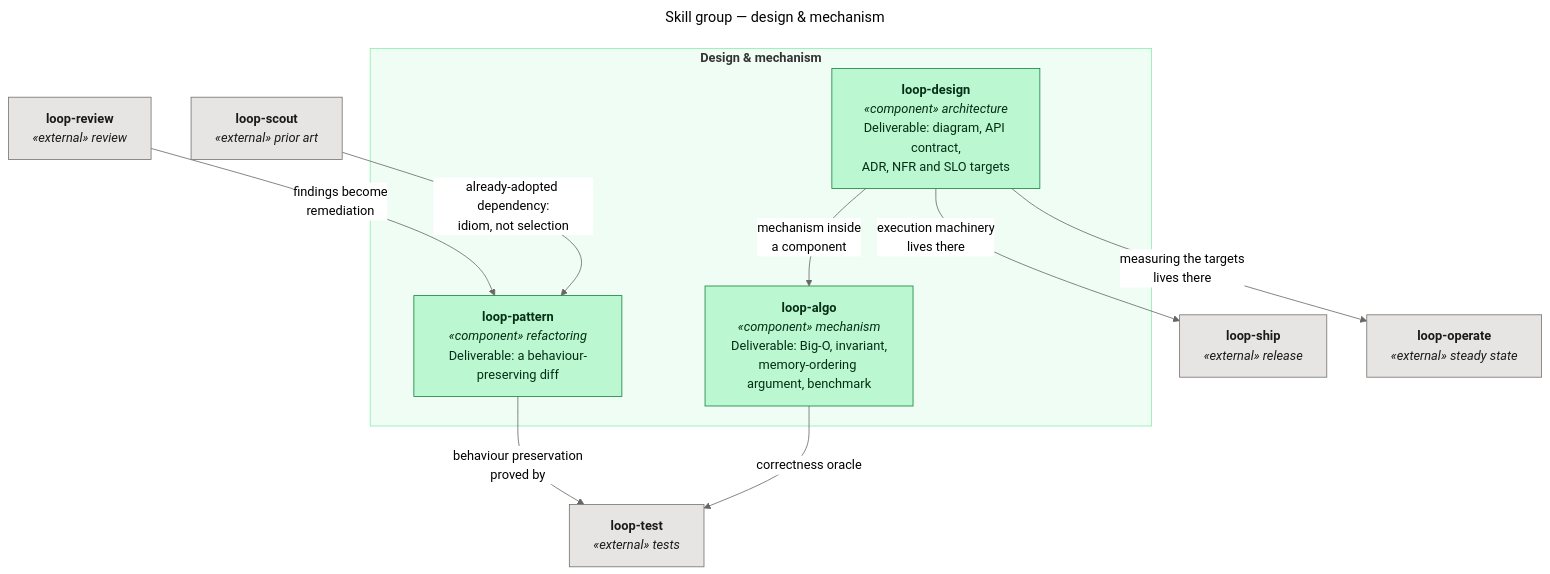
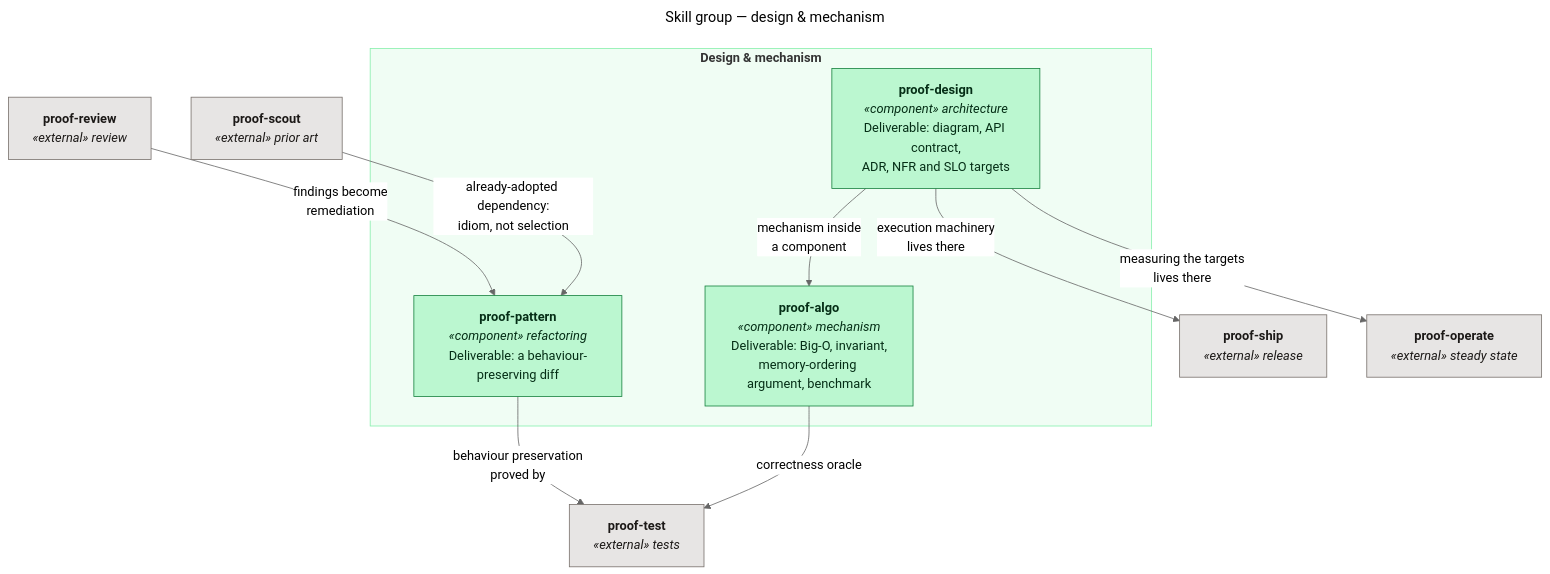
One commit to santapong/Proof changed the diagram in docs/c4/diagrams/src/skills-design-mechanism.mmd. Above: the diagram before and after it, drawn with Mermaid (neutral theme). The commit also changed 462 other files, not shown here.

```diff
--- a/docs/c4/diagrams/src/skills-design-mechanism.mmd
+++ b/docs/c4/diagrams/src/skills-design-mechanism.mmd
@@ -1,29 +1,29 @@
 ---
 title: "Skill group — design & mechanism"
 ---
 flowchart TB
     subgraph g["<b>Design &amp; mechanism</b>"]
-        design["<b>loop-design</b><br/><i>«component» architecture</i><br/>Deliverable: diagram, API contract,<br/>ADR, NFR and SLO targets"]
-        algo["<b>loop-algo</b><br/><i>«component» mechanism</i><br/>Deliverable: Big-O, invariant,<br/>memory-ordering argument, benchmark"]
-        pat["<b>loop-pattern</b><br/><i>«component» refactoring</i><br/>Deliverable: a behaviour-preserving diff"]
+        design["<b>proof-design</b><br/><i>«component» architecture</i><br/>Deliverable: diagram, API contract,<br/>ADR, NFR and SLO targets"]
+        algo["<b>proof-algo</b><br/><i>«component» mechanism</i><br/>Deliverable: Big-O, invariant,<br/>memory-ordering argument, benchmark"]
+        pat["<b>proof-pattern</b><br/><i>«component» refactoring</i><br/>Deliverable: a behaviour-preserving diff"]
     end
 
-    ship["<b>loop-ship</b><br/><i>«external» release</i>"]
-    ops["<b>loop-operate</b><br/><i>«external» steady state</i>"]
-    test["<b>loop-test</b><br/><i>«external» tests</i>"]
-    rev["<b>loop-review</b><br/><i>«external» review</i>"]
-    scout["<b>loop-scout</b><br/><i>«external» prior art</i>"]
+    ship["<b>proof-ship</b><br/><i>«external» release</i>"]
+    ops["<b>proof-operate</b><br/><i>«external» steady state</i>"]
+    test["<b>proof-test</b><br/><i>«external» tests</i>"]
+    rev["<b>proof-review</b><br/><i>«external» review</i>"]
+    scout["<b>proof-scout</b><br/><i>«external» prior art</i>"]
 
     design -- "mechanism inside<br/>a component" --> algo
     design -- "execution machinery<br/>lives there" --> ship
     design -- "measuring the targets<br/>lives there" --> ops
     rev -- "findings become<br/>remediation" --> pat
     pat -- "behaviour preservation<br/>proved by" --> test
     algo -- "correctness oracle" --> test
     scout -- "already-adopted dependency:<br/>idiom, not selection" --> pat
 
     classDef component fill:#BBF7D0,stroke:#15803D,color:#052E16
     classDef extc fill:#E7E5E4,stroke:#78716C,color:#1C1917
     class design,algo,pat component
     class ship,ops,test,rev,scout extc
     style g fill:#F0FDF4,stroke:#86EFAC
```
